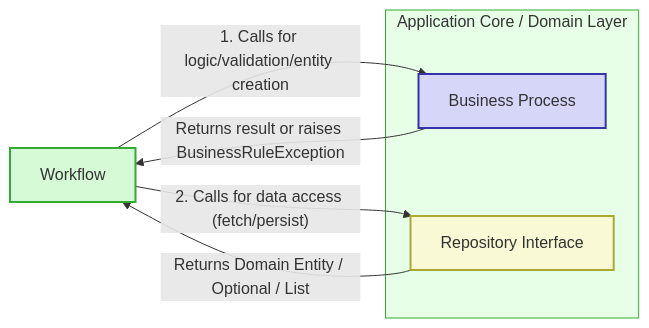
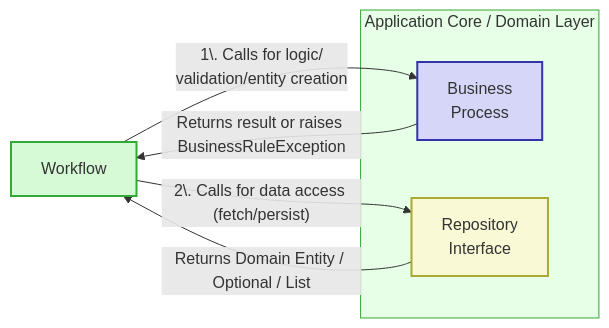
Before and after one commit to bluedevilx/ai-driven-development: the second of 4 diagrams in architecture-guide.md, drawn with Mermaid.

````diff
--- a/architecture-guide.md
+++ b/architecture-guide.md
@@ -142,24 +142,24 @@
 ```mermaid
 flowchart LR
     WF[Workflow]
 
     subgraph DomainLayer["Application Core / Domain Layer"]
-        BP[Business Process]
-        RI[Repository Interface]
+        BP[Business <br>Process]
+        RI[Repository <br>Interface]
     end
 
-    WF -->|"1. Calls for logic/validation/entity creation"| BP
-    WF -->|"2. Calls for data access (fetch/persist)"| RI
+    WF -->|"1\. Calls for logic/<br>validation/entity creation"| BP
+    WF -->|"2\. Calls for data access (fetch/persist)"| RI
     BP -->|"Returns result or raises BusinessRuleException"| WF
     RI -->|"Returns Domain Entity / Optional / List"| WF
 
     classDef workflow fill:#d6f9d6,stroke:#3a3,stroke-width:2px
     classDef bp fill:#d6d6f9,stroke:#33a,stroke-width:2px
     classDef repo fill:#f9f9d6,stroke:#aa3,stroke-width:2px
     classDef domain fill:#e6ffe6,stroke:#3a3,stroke-width:1px
 
     class WF workflow
     class BP bp
     class RI repo
     class DomainLayer domain
 ```
````
